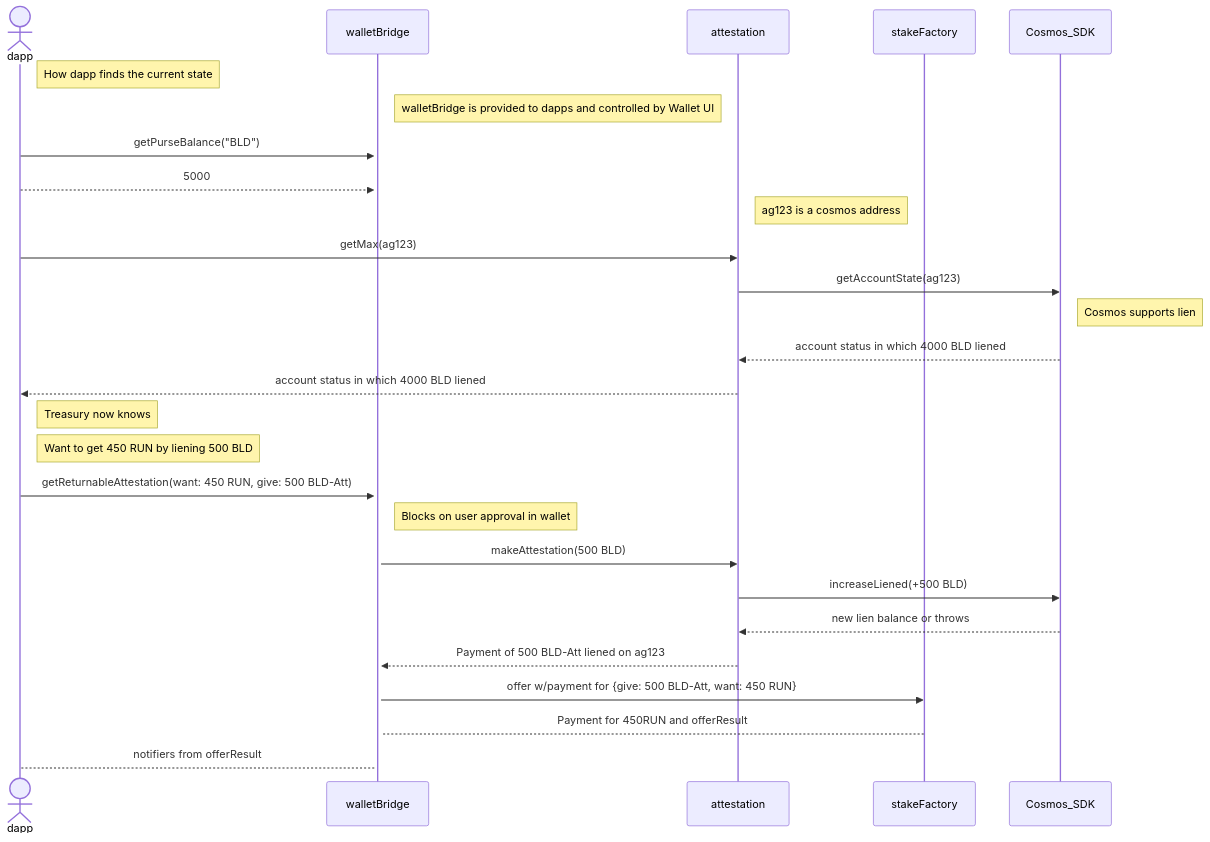
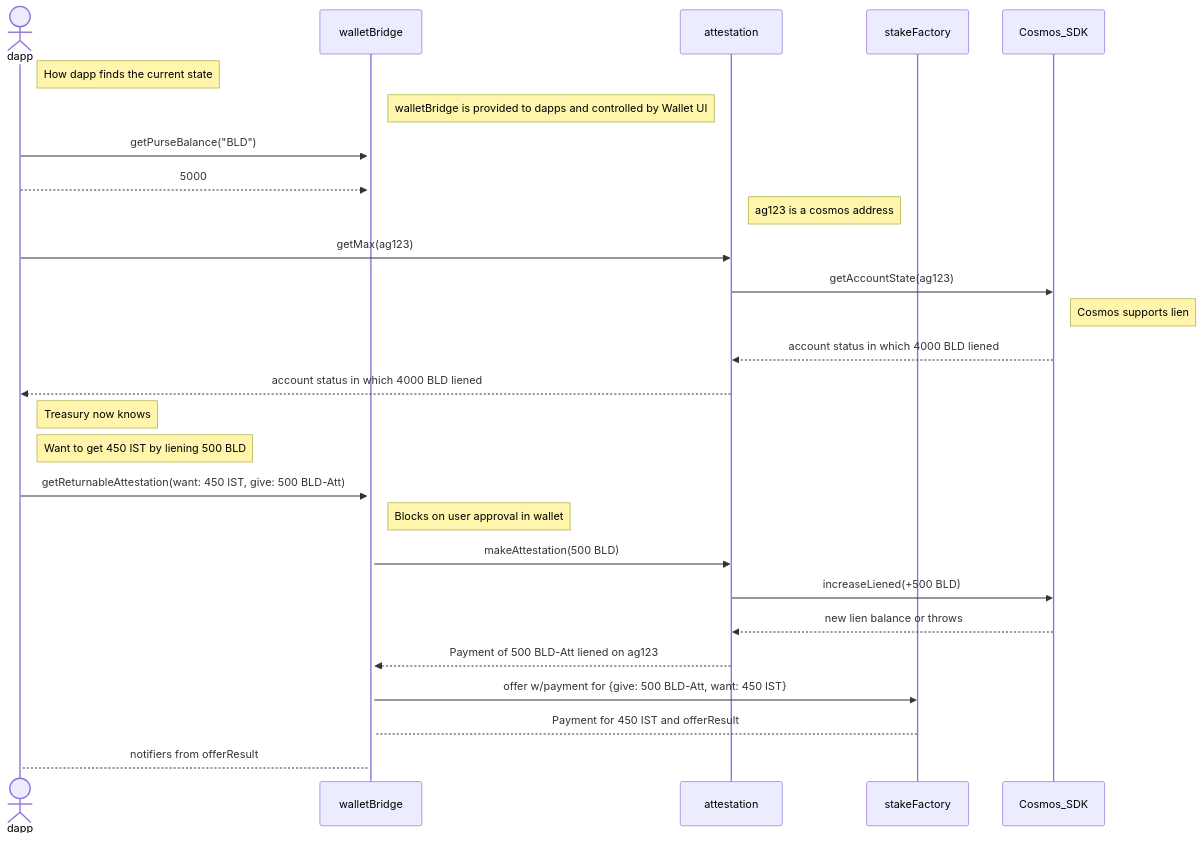
One commit to Agoric/agoric-sdk changed the diagram in packages/inter-protocol/src/stakeFactory/README.md. Above: the diagram before and after it, drawn with Mermaid. The commit also changed 4 other files, not shown here.

Commit message:
s/RUN/IST/g

````diff
--- a/packages/inter-protocol/src/stakeFactory/README.md
+++ b/packages/inter-protocol/src/stakeFactory/README.md
@@ -17,36 +17,36 @@
 ```mermaid
 sequenceDiagram
     actor dapp
     participant walletBridge
     participant attestation
     participant stakeFactory
     participant Cosmos_SDK
 
     note right of dapp: How dapp finds the current state
 
     note right of walletBridge: walletBridge is provided to dapps and controlled by Wallet UI
     dapp ->>+ walletBridge: getPurseBalance("BLD")
     dapp -->> walletBridge: 5000
 
     note right of attestation: ag123 is a cosmos address
     dapp ->> attestation: getMax(ag123)
     attestation ->> Cosmos_SDK: getAccountState(ag123)
     note right of Cosmos_SDK: Cosmos supports lien
     Cosmos_SDK -->> attestation: account status in which 4000 BLD liened
     attestation  -->> dapp: account status in which 4000 BLD liened
     note right of dapp: Treasury now knows
 
-    note right of dapp: Want to get 450 RUN by liening 500 BLD
-    dapp ->> walletBridge: getReturnableAttestation(want: 450 RUN, give: 500 BLD-Att)
+    note right of dapp: Want to get 450 IST by liening 500 BLD
+    dapp ->> walletBridge: getReturnableAttestation(want: 450 IST, give: 500 BLD-Att)
     note right of walletBridge: Blocks on user approval in wallet
     walletBridge ->> attestation: makeAttestation(500 BLD)
     attestation ->> Cosmos_SDK: increaseLiened(+500 BLD)
     Cosmos_SDK -->> attestation: new lien balance or throws
 
     attestation -->> walletBridge: Payment of 500 BLD-Att liened on ag123
 
-    walletBridge ->> stakeFactory: offer w/payment for {give: 500 BLD-Att, want: 450 RUN} 
+    walletBridge ->> stakeFactory: offer w/payment for {give: 500 BLD-Att, want: 450 IST} 
 
-    stakeFactory --> walletBridge: Payment for 450RUN and offerResult
+    stakeFactory --> walletBridge: Payment for 450 IST and offerResult
     walletBridge --> dapp: notifiers from offerResult
 ```
````
